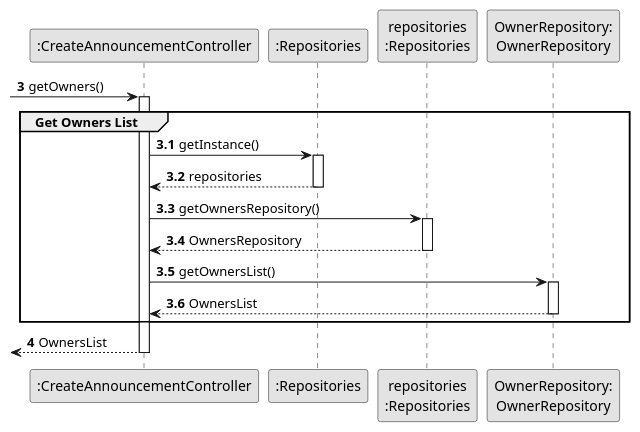
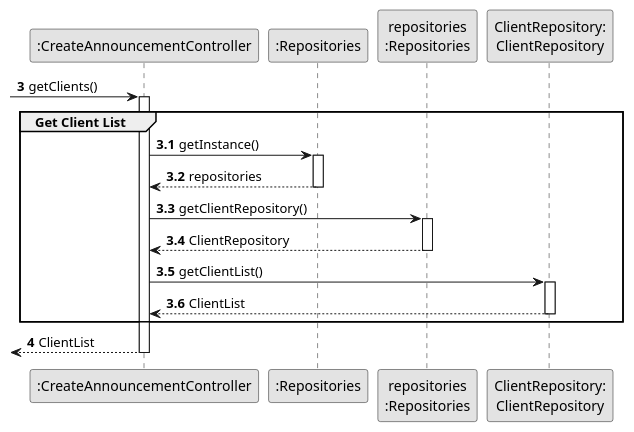
One commit to hugosilva2901/lei-22-s2-1DO-g68 changed the diagram in lei-22-s2-1do-g68/docs/SprintB/us002/03.design/puml/us002-sequence-diagram-partial-get-owners-list.puml. Above: the diagram before and after it, drawn with PlantUML. The commit also changed 6 other files, not shown here.

Commit message:
Mudança nos diagramas e classes US002

```diff
--- a/lei-22-s2-1do-g68/docs/SprintB/us002/03.design/puml/us002-sequence-diagram-partial-get-owners-list.puml
+++ b/lei-22-s2-1do-g68/docs/SprintB/us002/03.design/puml/us002-sequence-diagram-partial-get-owners-list.puml
@@ -1,48 +1,48 @@
 @startuml
 skinparam monochrome true
 skinparam packageStyle rectangle
 skinparam shadowing false
 
 autonumber
 
 'hide footbox
 
 participant ":CreateAnnouncementController" as CTRL
 participant ":Repositories" as RepositorySingleton
 participant "repositories\n:Repositories" as PLAT
-participant "OwnerRepository:\nOwnerRepository" as OwnerRepository
+participant "ClientRepository:\nClientRepository" as ClientRepository
 
 autonumber 3
 
- -> CTRL : getOwners()
+ -> CTRL : getClients()
 autonumber 3.1
 activate CTRL
-    group Get Owners List
+    group Get Client List
 
 
             CTRL -> RepositorySingleton : getInstance()
             activate RepositorySingleton
 
                 RepositorySingleton --> CTRL: repositories
             deactivate RepositorySingleton
 
-            CTRL -> PLAT : getOwnersRepository()
+            CTRL -> PLAT : getClientRepository()
             activate PLAT
 
-                PLAT --> CTRL: OwnersRepository
+                PLAT --> CTRL: ClientRepository
             deactivate PLAT
 
-            CTRL -> OwnerRepository : getOwnersList()
-            activate OwnerRepository
+            CTRL -> ClientRepository : getClientList()
+            activate ClientRepository
 
-                OwnerRepository --> CTRL : OwnersList
-            deactivate OwnerRepository
+                ClientRepository --> CTRL : ClientList
+            deactivate ClientRepository
 
 
     end
     autonumber 4
-    <-- CTRL  : OwnersList
+    <-- CTRL  : ClientList
 deactivate CTRL
 
 
 @enduml
```
